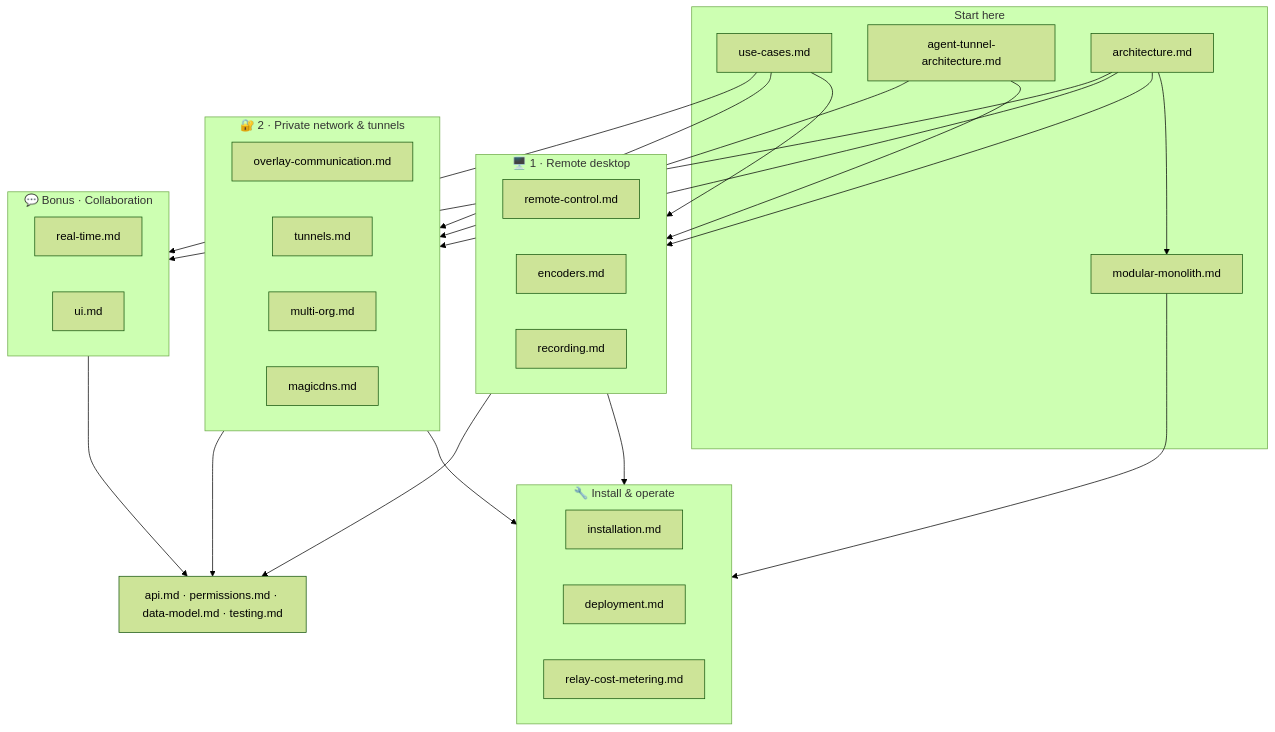
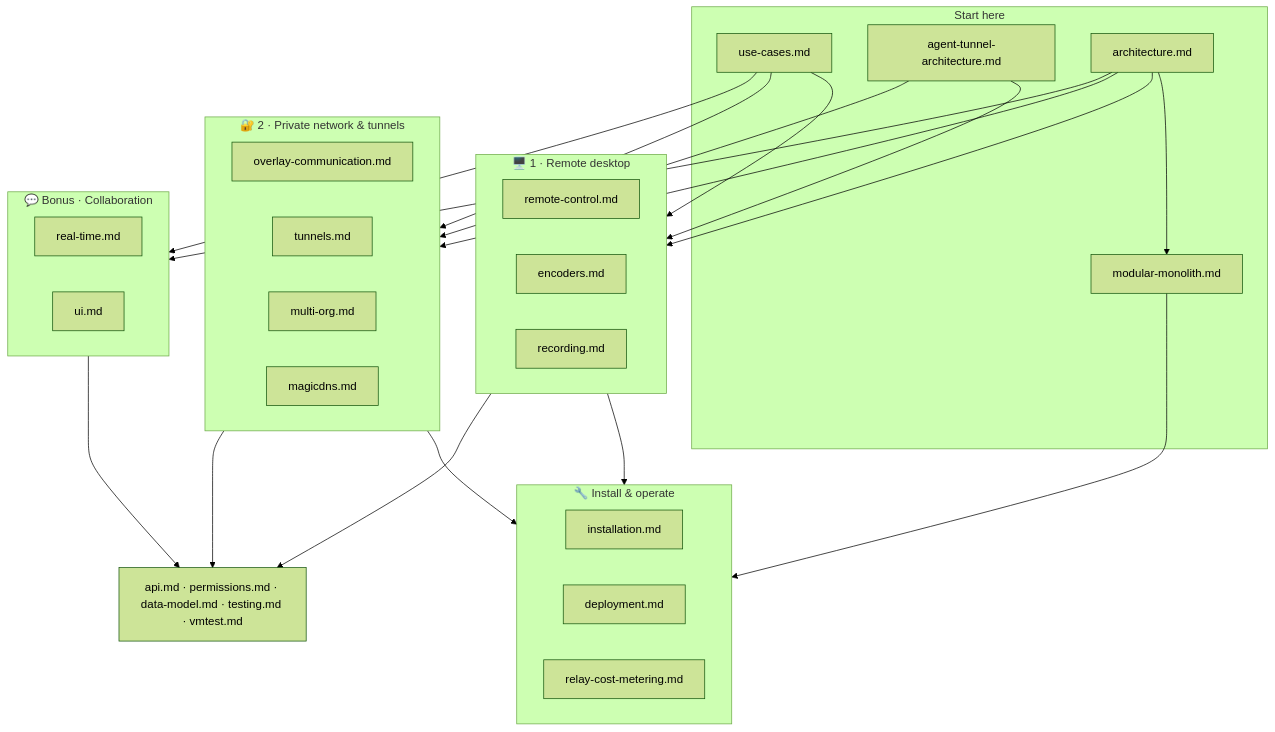
One commit to gjovanov/roomler-ai changed the diagram in docs/README.md. Above: the diagram before and after it, drawn with Mermaid (forest theme). The commit also changed other lines of this file and 3 other files, not shown here.

````diff
--- a/docs/README.md
+++ b/docs/README.md
@@ -24,43 +24,43 @@
 ```mermaid
 flowchart TB
     subgraph entry["Start here"]
         UC["use-cases.md"]
         ATA["agent-tunnel-architecture.md"]
         ARCH["architecture.md"]
         MM["modular-monolith.md"]
     end
 
     subgraph rd["🖥️ 1 · Remote desktop"]
         RC["remote-control.md"]
         ENC["encoders.md"]
         REC["recording.md"]
     end
 
     subgraph net["🔐 2 · Private network & tunnels"]
         OC["overlay-communication.md"]
         TUN["tunnels.md"]
         MO["multi-org.md"]
         MDNS["magicdns.md"]
     end
 
     subgraph collab["💬 Bonus · Collaboration"]
         RT["real-time.md"]
         UIX["ui.md"]
     end
 
     subgraph ops["🔧 Install & operate"]
         INST["installation.md"]
         DEP["deployment.md"]
         RCM["relay-cost-metering.md"]
     end
 
-    REF["api.md · permissions.md · data-model.md · testing.md"]
+    REF["api.md · permissions.md · data-model.md · testing.md · vmtest.md"]
 
     UC --> rd & net & collab
     ATA --> rd & net
     ARCH --> rd & net & collab
     ARCH --> MM
     MM --> ops
     rd & net --> ops
     rd & net & collab --> REF
 ```
````
